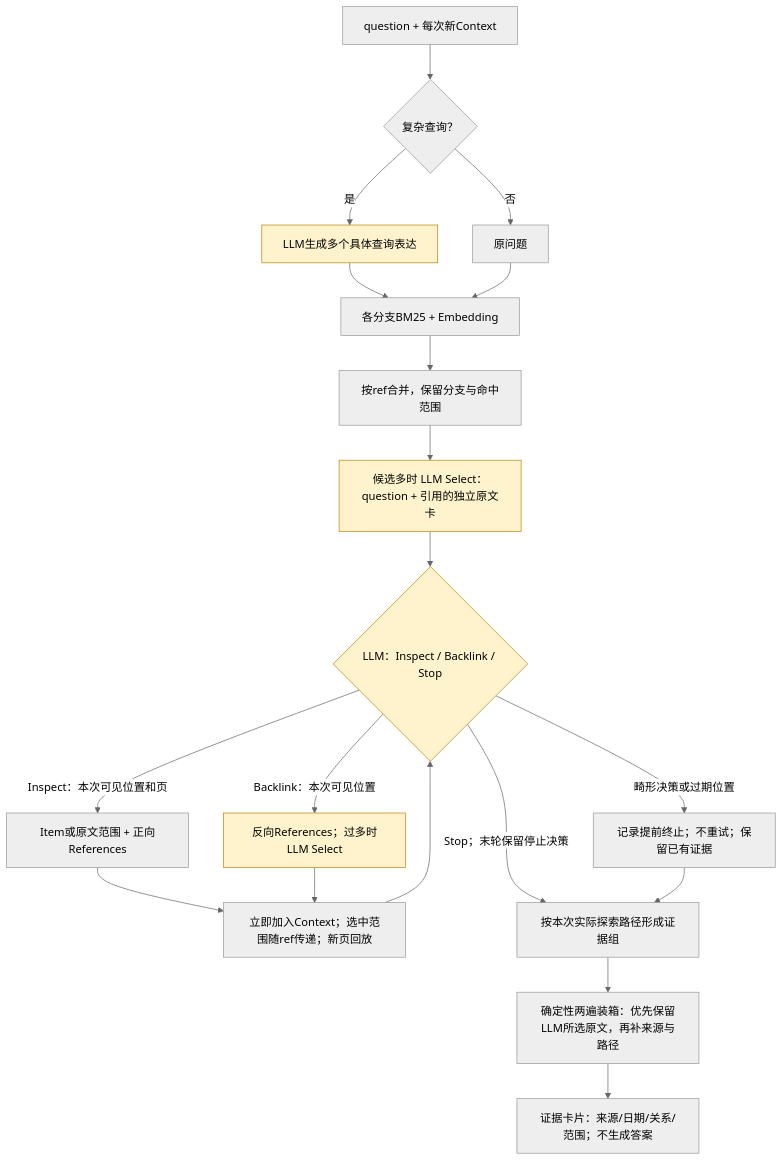
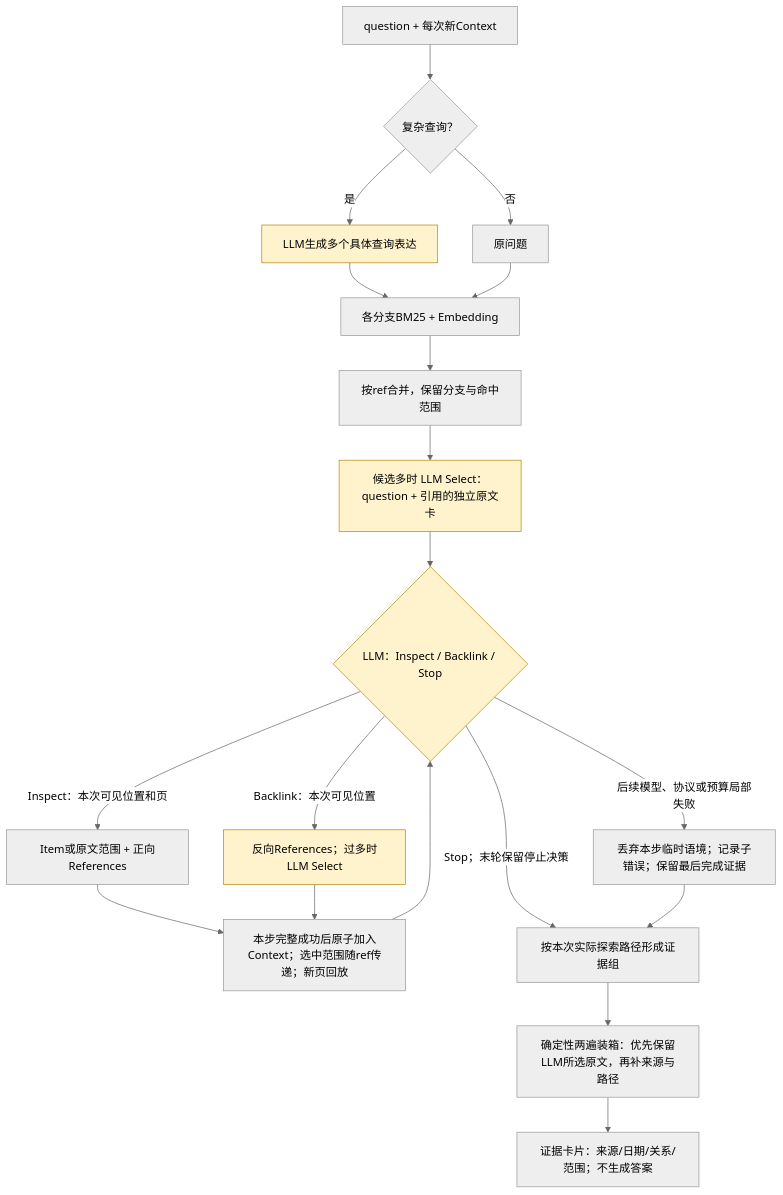
One commit to Graygoo7529/AM-Link changed the third of 3 diagrams in DESIGN.md. Above: the diagram before and after it, drawn with Mermaid (neutral theme). The commit also changed other lines of this file and 35 other files, not shown here.

````diff
--- a/DESIGN.md
+++ b/DESIGN.md
@@ -72,23 +82,23 @@
 ```mermaid
 flowchart TD
  A[question + 每次新Context] --> B{复杂查询？}
  B -->|是| C[LLM生成多个具体查询表达]
  B -->|否| D[原问题]
  C --> Q[各分支BM25 + Embedding]
  D --> Q
  Q --> U[按ref合并，保留分支与命中范围]
  U --> S[候选多时 LLM Select：question + 引用的独立原文卡]
  S --> L{LLM：Inspect / Backlink / Stop}
  L -->|Inspect：本次可见位置和页| I[Item或原文范围 + 正向References]
  L -->|Backlink：本次可见位置| K[反向References；过多时LLM Select]
- I --> P[立即加入Context；选中范围随ref传递；新页回放]
+ I --> P[本步完整成功后原子加入Context；选中范围随ref传递；新页回放]
  K --> P
  P --> L
  L -->|Stop；末轮保留停止决策| G[按本次实际探索路径形成证据组]
- L -->|畸形决策或过期位置| T[记录提前终止；不重试；保留已有证据]
+ L -->|后续模型、协议或预算局部失败| T[丢弃本步临时语境；记录子错误；保留最后完成证据]
  T --> G
  G --> F[确定性两遍装箱：优先保留LLM所选原文，再补来源与路径]
  F --> O[证据卡片：来源/日期/关系/范围；不生成答案]
  classDef llm fill:#fff3cd,stroke:#b8860b,color:#000
  class C,S,L,K llm
 ```
````
